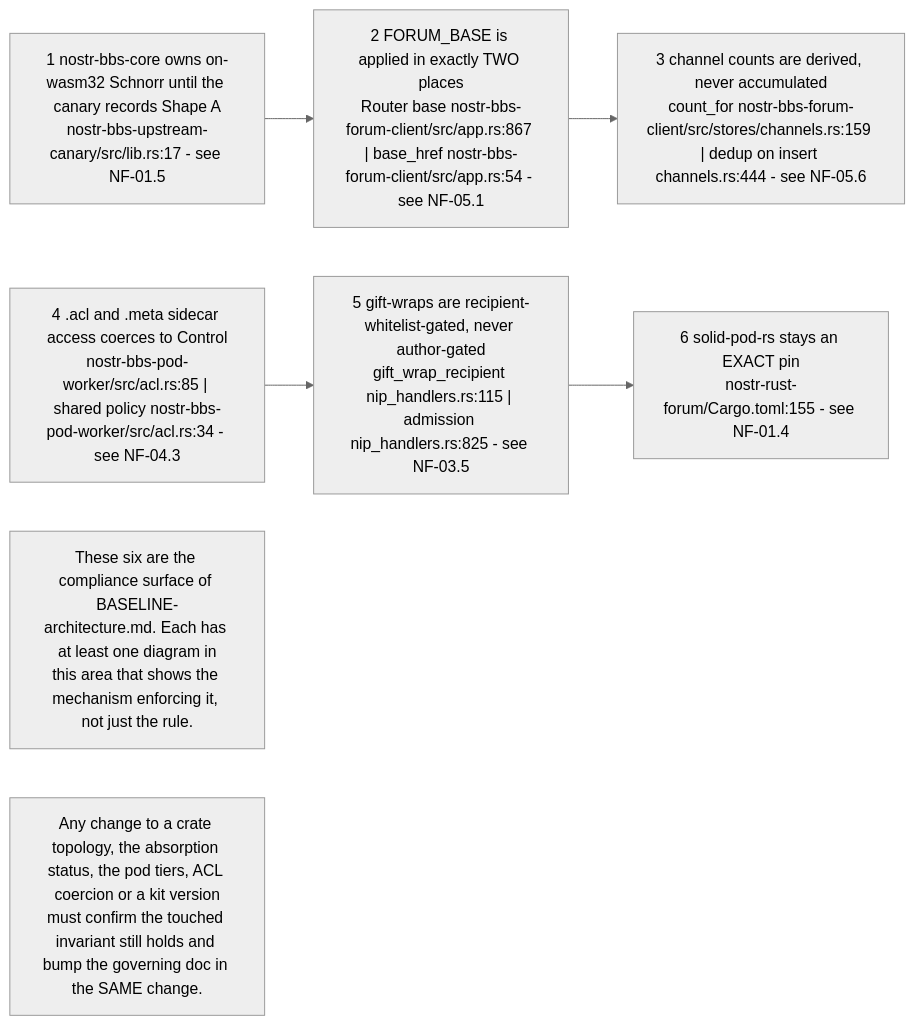
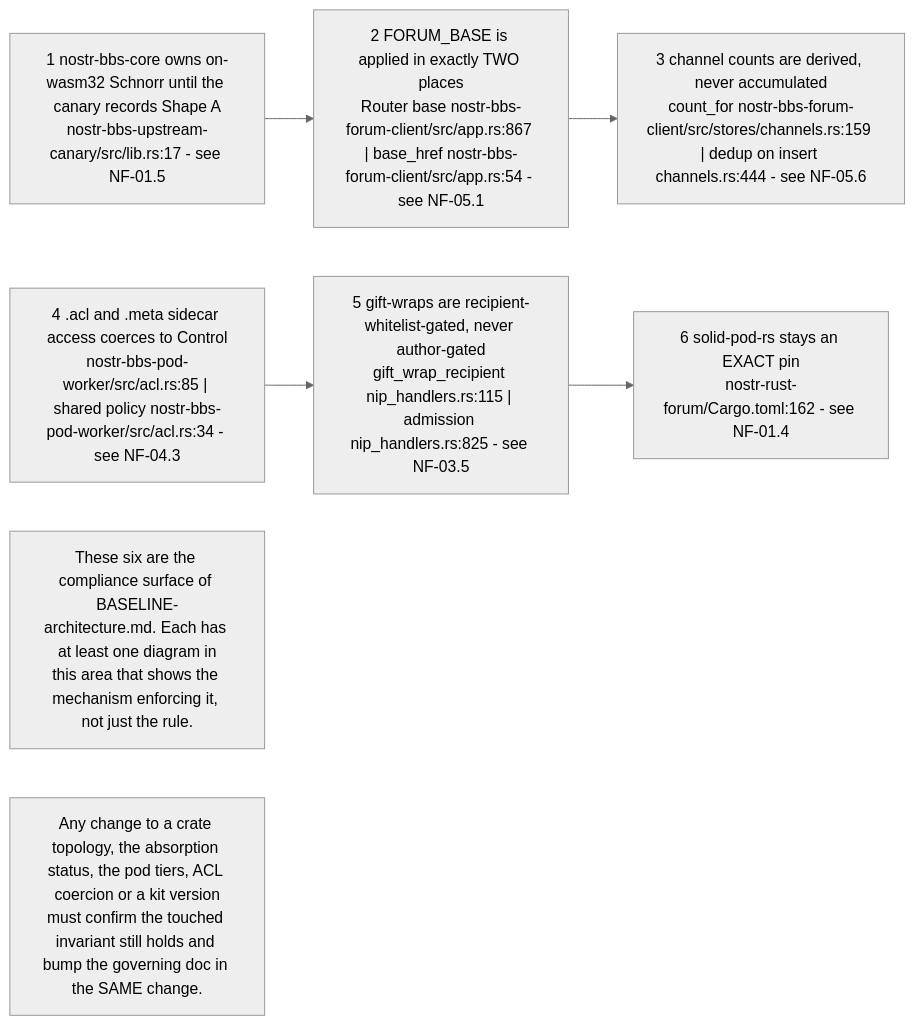
The first of 10 diagrams in docs/diagrams/nostr-rust-forum/10-invariants-and-anomaly-register.md (DreamLab-AI/VisionFlow), drawn with Mermaid (neutral theme) before and after one commit. The commit also changed other lines of this file and 94 other files, not shown here.

First line of the commit message:
docs(diagrams): re-verify 130 topics against 2 October HEADs

````diff
--- a/docs/diagrams/nostr-rust-forum/10-invariants-and-anomaly-register.md
+++ b/docs/diagrams/nostr-rust-forum/10-invariants-and-anomaly-register.md
@@ -52,15 +52,15 @@
 ```mermaid
 flowchart LR
     I1["1 nostr-bbs-core owns on-wasm32 Schnorr until the canary records Shape A<br/>nostr-bbs-upstream-canary/src/lib.rs:17 - see NF-01.5"]
     I2["2 FORUM_BASE is applied in exactly TWO places<br/>Router base nostr-bbs-forum-client/src/app.rs:867 | base_href nostr-bbs-forum-client/src/app.rs:54 - see NF-05.1"]
     I3["3 channel counts are derived, never accumulated<br/>count_for nostr-bbs-forum-client/src/stores/channels.rs:159 | dedup on insert channels.rs:444 - see NF-05.6"]
     I4["4 .acl and .meta sidecar access coerces to Control<br/>nostr-bbs-pod-worker/src/acl.rs:85 | shared policy nostr-bbs-pod-worker/src/acl.rs:34 - see NF-04.3"]
     I5["5 gift-wraps are recipient-whitelist-gated, never author-gated<br/>gift_wrap_recipient nip_handlers.rs:115 | admission nip_handlers.rs:825 - see NF-03.5"]
-    I6["6 solid-pod-rs stays an EXACT pin<br/>nostr-rust-forum/Cargo.toml:155 - see NF-01.4"]
+    I6["6 solid-pod-rs stays an EXACT pin<br/>nostr-rust-forum/Cargo.toml:162 - see NF-01.4"]
 
     I1 --> I2 --> I3
     I4 --> I5 --> I6
 
     N1["These six are the compliance surface of BASELINE-architecture.md. Each has at least one diagram in<br/>this area that shows the mechanism enforcing it, not just the rule."]
     N2["Any change to a crate topology, the absorption status, the pod tiers, ACL coercion or a kit version<br/>must confirm the touched invariant still holds and bump the governing doc in the SAME change."]
 ```
````
